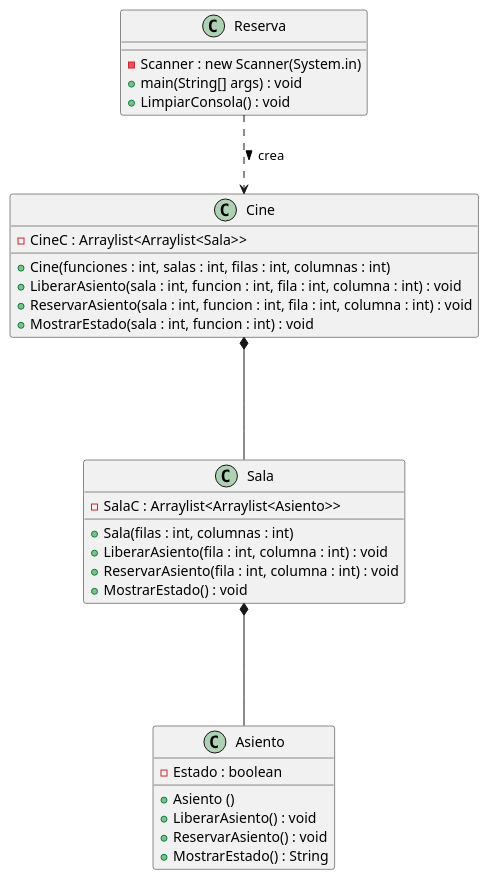
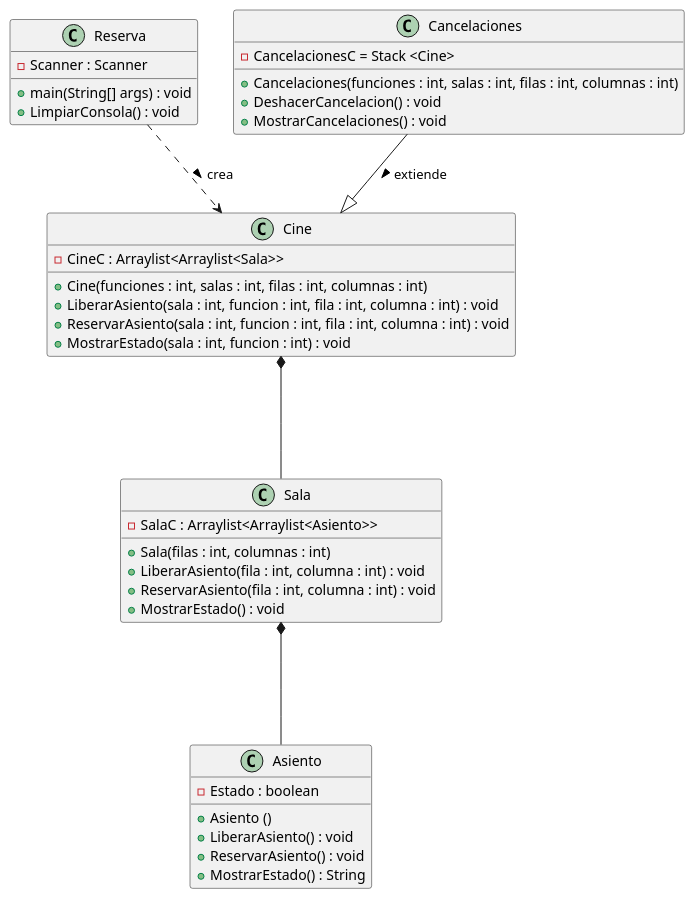
The diagram in bin/Diagrama_Cine.puml (Kuripipeer/PR_Sistema_de_reservas_cine), drawn with PlantUML before and after one commit. The commit also changed 3 other files, not shown here.

```diff
--- a/bin/Diagrama_Cine.puml
+++ b/bin/Diagrama_Cine.puml
@@ -1,38 +1,46 @@
 @startuml Sistema de reservas para cine
 
 class Asiento {
 
     - Estado : boolean
     + Asiento ()
     + LiberarAsiento() : void
     + ReservarAsiento() : void
     + MostrarEstado() : String
 }
 
 class Sala{
     - SalaC : Arraylist<Arraylist<Asiento>>
     + Sala(filas : int, columnas : int)
     + LiberarAsiento(fila : int, columna : int) : void
     + ReservarAsiento(fila : int, columna : int) : void
     + MostrarEstado() : void
 }
 
 class Cine{
     - CineC : Arraylist<Arraylist<Sala>>
     + Cine(funciones : int, salas : int, filas : int, columnas : int)
     + LiberarAsiento(sala : int, funcion : int, fila : int, columna : int) : void
     + ReservarAsiento(sala : int, funcion : int, fila : int, columna : int) : void
     + MostrarEstado(sala : int, funcion : int) : void
 }
 
 class Reserva {
-    - Scanner : new Scanner(System.in)
+    - Scanner : Scanner
     + main(String[] args) : void
     + LimpiarConsola() : void
+}
+
+class Cancelaciones{
+    - CancelacionesC = Stack <Cine>
+    + Cancelaciones(funciones : int, salas : int, filas : int, columnas : int)
+    + DeshacerCancelacion() : void
+    + MostrarCancelaciones() : void
 }
 
 Cine *--- Sala
 Sala *--- Asiento
 Reserva ..> Cine : crea >
+Cancelaciones --|> Cine : extiende >
 
 @enduml
```
